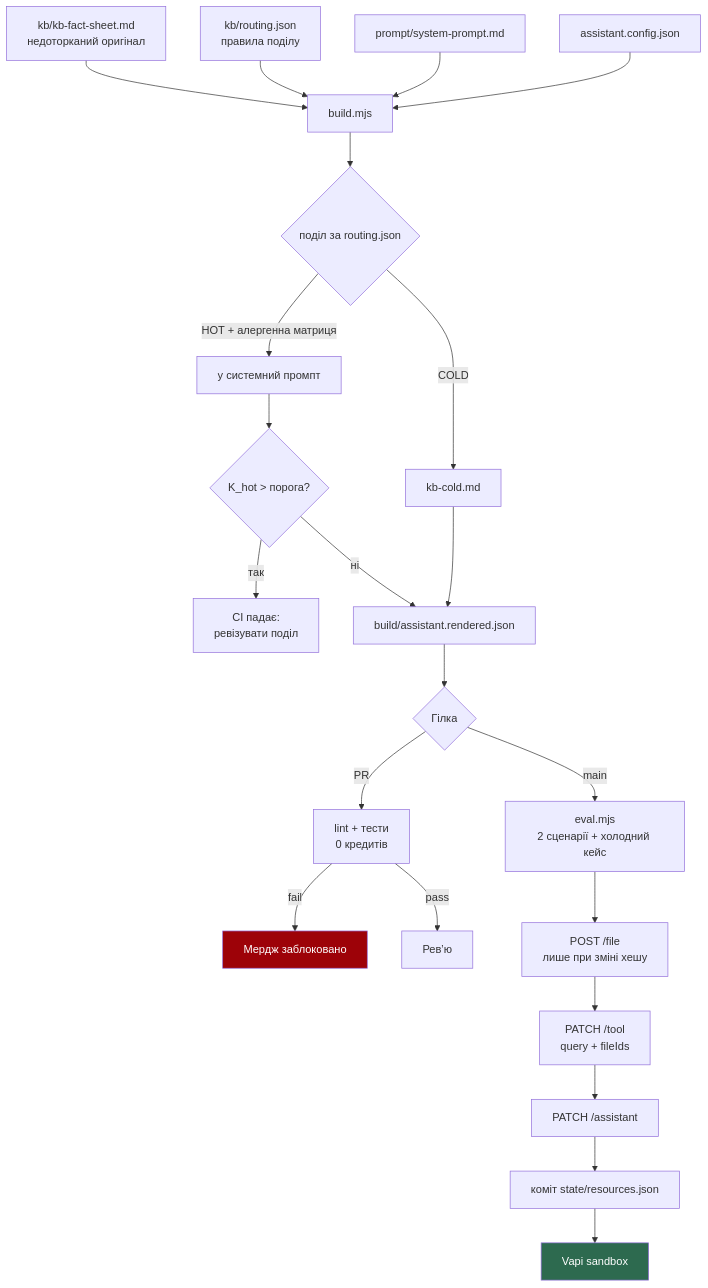
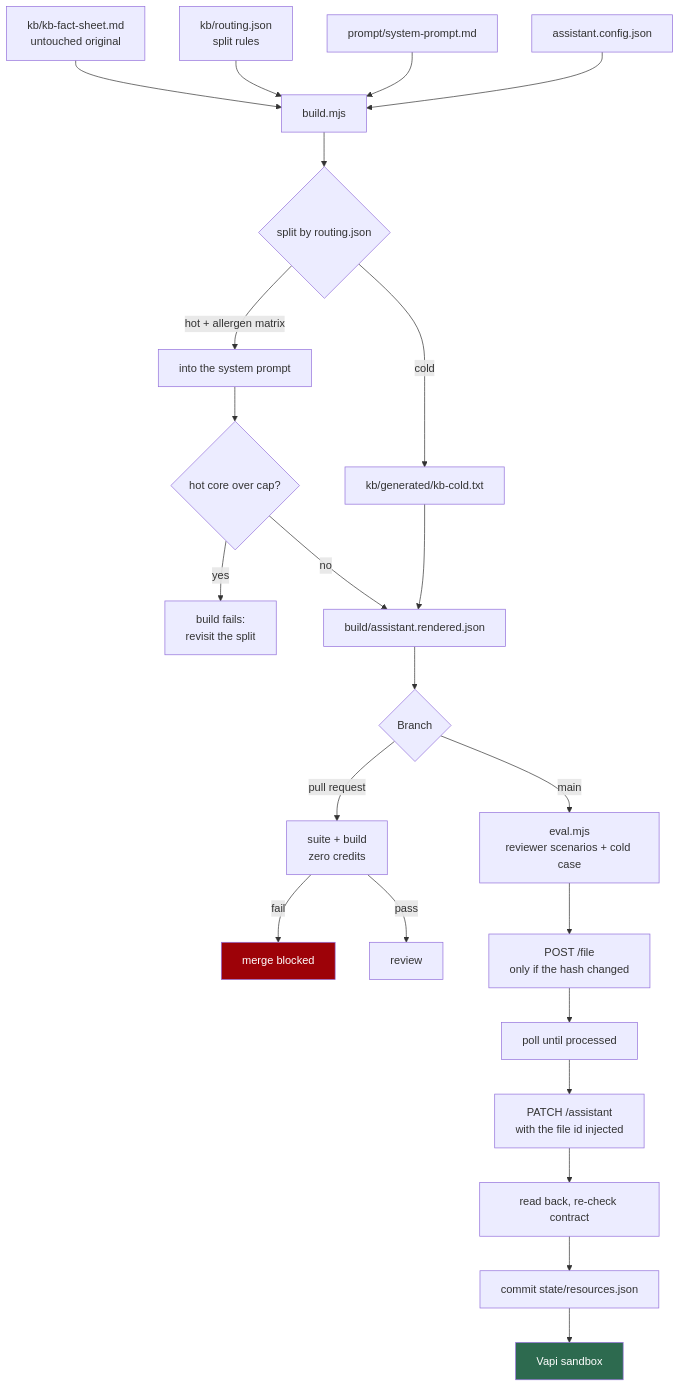
The diagram in docs/diagrams/05-gitops-pipeline.mmd (Dmitriymush/lemongrass-voice-agent), drawn with Mermaid before and after one commit. The commit also changed 14 other files, not shown here.

First line of the commit message:
Translate the architecture and diagrams into English

```diff
--- a/docs/diagrams/05-gitops-pipeline.mmd
+++ b/docs/diagrams/05-gitops-pipeline.mmd
@@ -1,29 +1,30 @@
 flowchart TD
-    KB["kb/kb-fact-sheet.md<br/>недоторканий оригінал"] --> B["build.mjs"]
-    RT["kb/routing.json<br/>правила поділу"] --> B
+    KB["kb/kb-fact-sheet.md<br/>untouched original"] --> B["build.mjs"]
+    RT["kb/routing.json<br/>split rules"] --> B
     P["prompt/system-prompt.md"] --> B
     C["assistant.config.json"] --> B
 
-    B --> SPLIT{"поділ за routing.json"}
-    SPLIT -->|"HOT + алергенна матриця"| INL["у системний промпт"]
-    SPLIT -->|"COLD"| COLDF["kb-cold.md"]
+    B --> SPLIT{"split by routing.json"}
+    SPLIT -->|"hot + allergen matrix"| INL["into the system prompt"]
+    SPLIT -->|"cold"| COLDF["kb/generated/kb-cold.txt"]
 
-    INL --> TOK{"K_hot > порога?"}
-    TOK -->|"так"| WARN["CI падає:<br/>ревізувати поділ"]
-    TOK -->|"ні"| R["build/assistant.rendered.json"]
+    INL --> TOK{"hot core over cap?"}
+    TOK -->|"yes"| WARN["build fails:<br/>revisit the split"]
+    TOK -->|"no"| R["build/assistant.rendered.json"]
     COLDF --> R
 
-    R --> BR{"Гілка"}
-    BR -->|"PR"| PR1["lint + тести<br/>0 кредитів"]
-    PR1 -->|"fail"| BLOCK["Мердж заблоковано"]
-    PR1 -->|"pass"| REV["Ревʼю"]
+    R --> BR{"Branch"}
+    BR -->|"pull request"| PR1["suite + build<br/>zero credits"]
+    PR1 -->|"fail"| BLOCK["merge blocked"]
+    PR1 -->|"pass"| REV["review"]
 
-    BR -->|"main"| M1["eval.mjs<br/>2 сценарії + холодний кейс"]
-    M1 --> D1["POST /file<br/>лише при зміні хешу"]
-    D1 --> D2["PATCH /tool<br/>query + fileIds"]
-    D2 --> D3["PATCH /assistant"]
-    D3 --> ST["коміт state/resources.json"]
+    BR -->|"main"| M1["eval.mjs<br/>reviewer scenarios + cold case"]
+    M1 --> D1["POST /file<br/>only if the hash changed"]
+    D1 --> D2["poll until processed"]
+    D2 --> D3["PATCH /assistant<br/>with the file id injected"]
+    D3 --> D4["read back, re-check contract"]
+    D4 --> ST["commit state/resources.json"]
     ST --> VAPI["Vapi sandbox"]
 
     style BLOCK fill:#9d0208,color:#fff
     style VAPI fill:#2d6a4f,color:#fff
```
